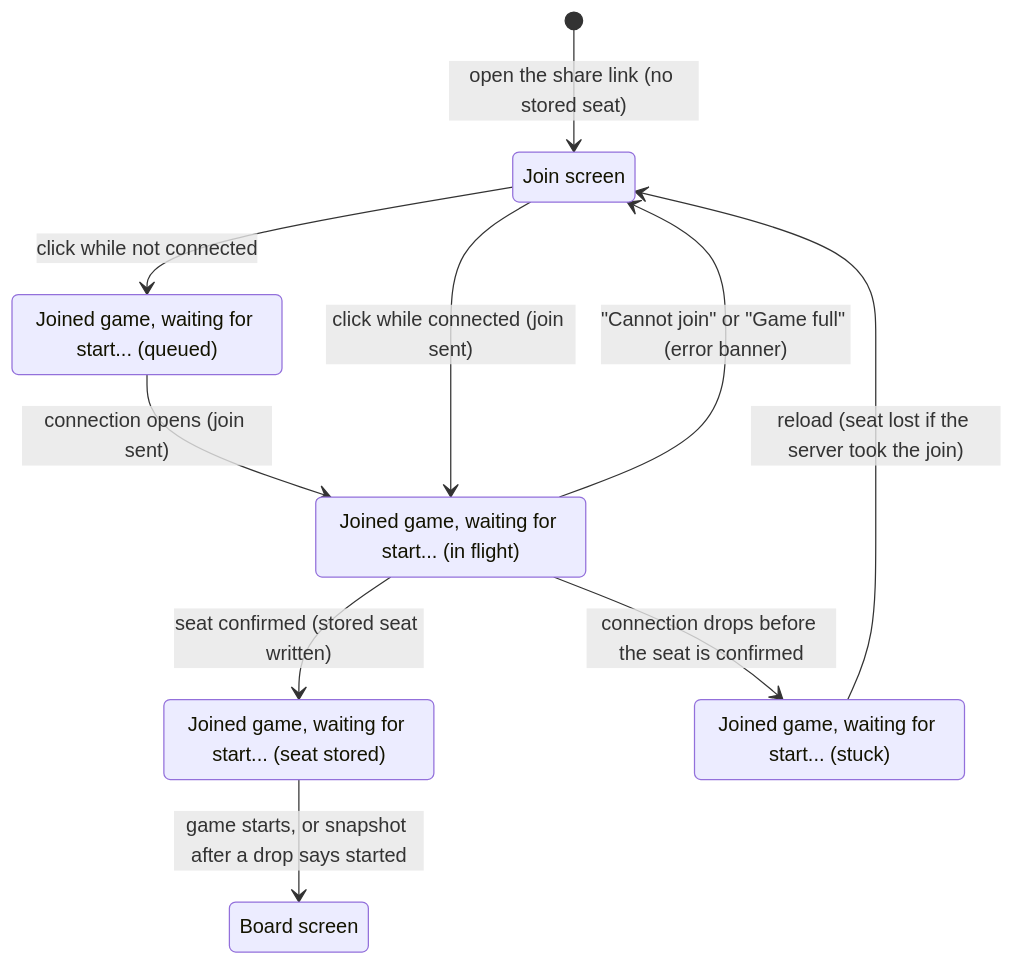
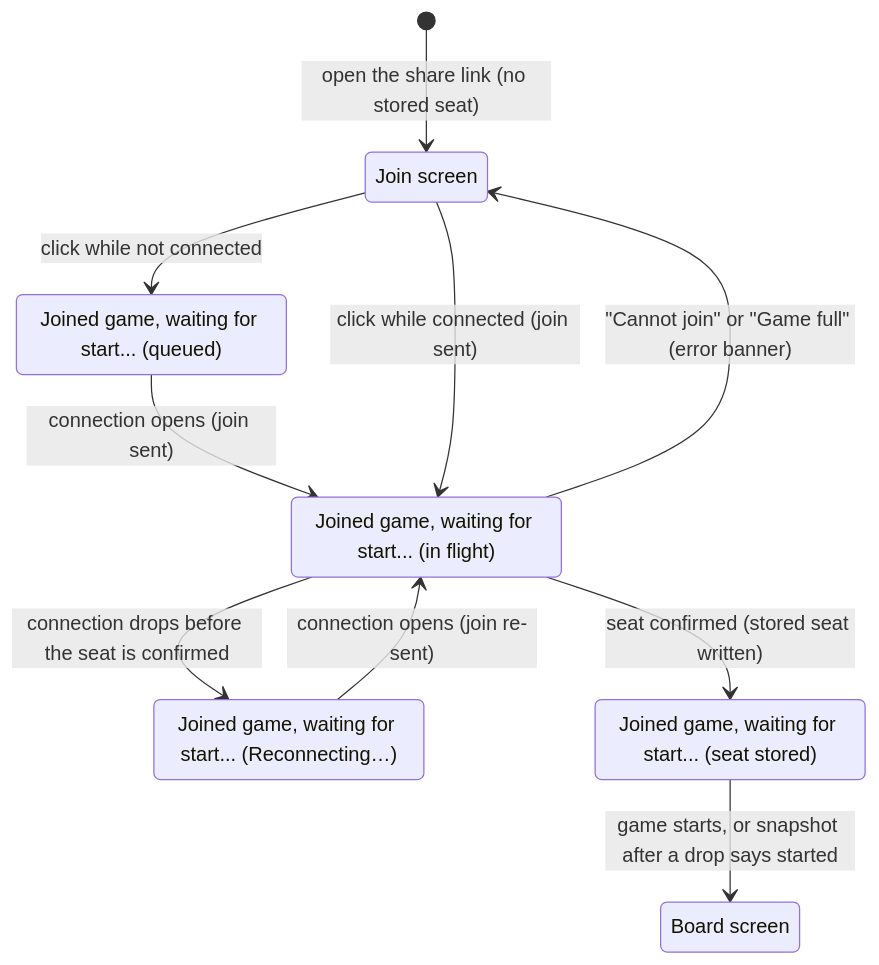
The diagram in product-description/start/joining-a-game.md (howard36/3d-chess), drawn with Mermaid before and after one commit. The commit also changed other lines of this file and 7 other files, not shown here.

First line of the commit message:
docs: work in progress on the start, session, game-page and cross-cutting documents

````diff
--- a/product-description/start/joining-a-game.md
+++ b/product-description/start/joining-a-game.md
@@ -17,18 +17,18 @@
 ```mermaid
 stateDiagram-v2
     state "Join screen" as join
     state "Joined game, waiting for start... (queued)" as queued
     state "Joined game, waiting for start... (in flight)" as flight
+    state "Joined game, waiting for start... (Reconnecting…)" as recon
     state "Joined game, waiting for start... (seat stored)" as seated
-    state "Joined game, waiting for start... (stuck)" as stuck
     state "Board screen" as board
     [*] --> join : open the share link (no stored seat)
     join --> queued : click while not connected
     queued --> flight : connection opens (join sent)
     join --> flight : click while connected (join sent)
     flight --> join : "Cannot join" or "Game full" (error banner)
     flight --> seated : seat confirmed (stored seat written)
     seated --> board : game starts, or snapshot after a drop says started
-    flight --> stuck : connection drops before the seat is confirmed
-    stuck --> join : reload (seat lost if the server took the join)
+    flight --> recon : connection drops before the seat is confirmed
+    recon --> flight : connection opens (join re-sent)
 ```
````
